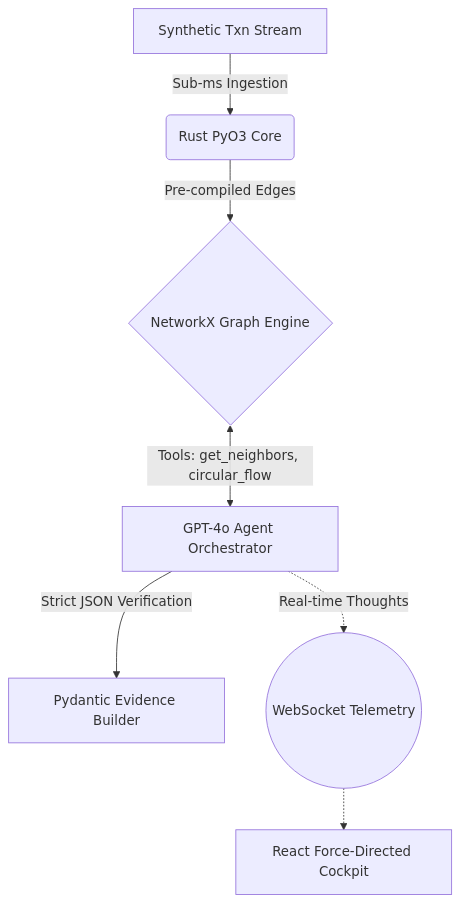
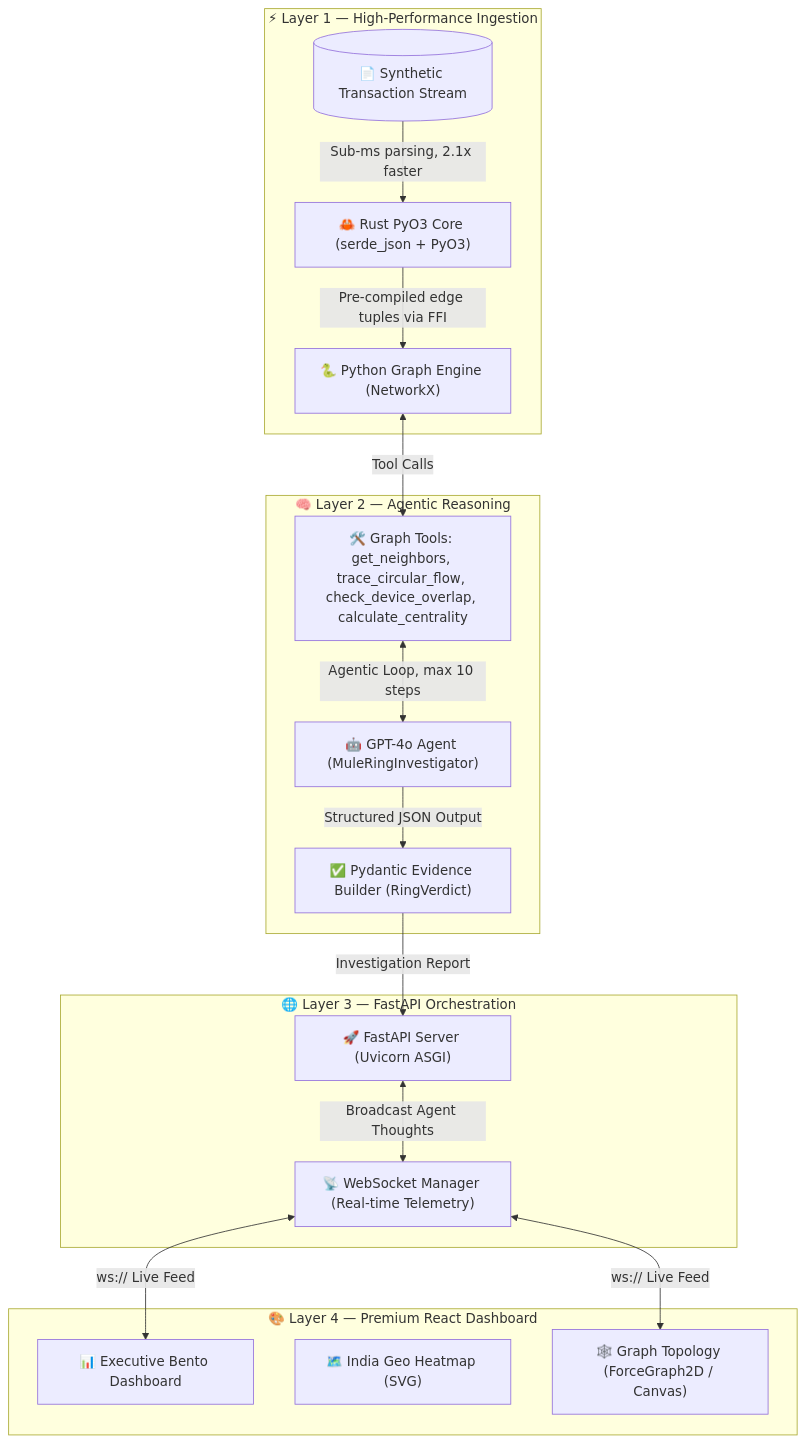
One commit to Be-bibek/agentic-mule-meshhunter changed the first of 3 diagrams in README.md. Above: the diagram before and after it, drawn with Mermaid. The commit also changed other lines of this file and 35 other files, not shown here.

````diff
--- a/README.md
+++ b/README.md
@@ -36,9 +60,34 @@
 ```mermaid
-graph TD
-    A[Synthetic Txn Stream] -->|Sub-ms Ingestion| B(Rust PyO3 Core);
-    B -->|Pre-compiled Edges| C{NetworkX Graph Engine};
-    C <-->|Tools: get_neighbors, circular_flow| D[GPT-4o Agent Orchestrator];
-    D -->|Strict JSON Verification| E[Pydantic Evidence Builder];
-    D -.->|Real-time Thoughts| F((WebSocket Telemetry));
-    F -.-> G[React Force-Directed Cockpit];
+graph TB
+    subgraph INGESTION["⚡ Layer 1 — High-Performance Ingestion"]
+        A[("📄 Synthetic Transaction Stream")]
+        B["🦀 Rust PyO3 Core (serde_json + PyO3)"]
+        C["🐍 Python Graph Engine (NetworkX)"]
+        A -->|"Sub-ms parsing, 2.1x faster"| B
+        B -->|"Pre-compiled edge tuples via FFI"| C
+    end
+
+    subgraph AGENT["🧠 Layer 2 — Agentic Reasoning"]
+        D["🤖 GPT-4o Agent (MuleRingInvestigator)"]
+        E["🛠️ Graph Tools: get_neighbors, trace_circular_flow, check_device_overlap, calculate_centrality"]
+        F["✅ Pydantic Evidence Builder (RingVerdict)"]
+        C <-->|"Tool Calls"| E
+        E <-->|"Agentic Loop, max 10 steps"| D
+        D -->|"Structured JSON Output"| F
+    end
+
+    subgraph API["🌐 Layer 3 — FastAPI Orchestration"]
+        G["🚀 FastAPI Server (Uvicorn ASGI)"]
+        H["📡 WebSocket Manager (Real-time Telemetry)"]
+        F -->|"Investigation Report"| G
+        G <-->|"Broadcast Agent Thoughts"| H
+    end
+
+    subgraph FRONTEND["🎨 Layer 4 — Premium React Dashboard"]
+        I["📊 Executive Bento Dashboard"]
+        J["🗺️ India Geo Heatmap (SVG)"]
+        K["🕸️ Graph Topology (ForceGraph2D / Canvas)"]
+        H <-->|"ws:// Live Feed"| I
+        H <-->|"ws:// Live Feed"| K
+    end
 ```
````
